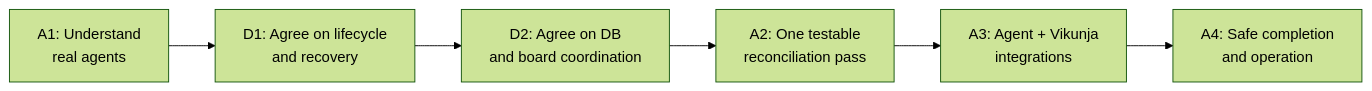
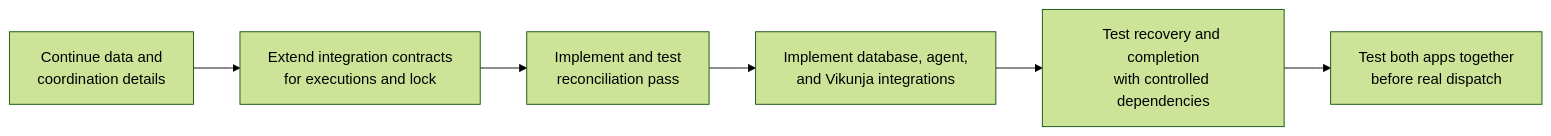
One commit to lgdelacruz92/agent-team changed the third of 3 diagrams in agent-team/apps/agent-resource-manager/docs/flowchart.md. Above: the diagram before and after it, drawn with Mermaid (forest theme). The commit also changed other lines of this file and 3 other files, not shown here.

````diff
--- a/agent-team/apps/agent-resource-manager/docs/flowchart.md
+++ b/agent-team/apps/agent-resource-manager/docs/flowchart.md
@@ -58,8 +61,8 @@
 ```mermaid
 flowchart LR
-    A1["A1: Understand<br/>real agents"] --> D1["D1: Agree on lifecycle<br/>and recovery"]
-    D1 --> D2["D2: Agree on DB<br/>and board coordination"]
-    D2 --> A2["A2: One testable<br/>reconciliation pass"]
-    A2 --> A3["A3: Agent + Vikunja<br/>integrations"]
-    A3 --> A4["A4: Safe completion<br/>and operation"]
+    Design["Continue data and<br/>coordination details"] --> Contracts["Extend integration contracts<br/>for executions and lock"]
+    Contracts --> Pass["Implement and test<br/>reconciliation pass"]
+    Pass --> Integrations["Implement database, agent,<br/>and Vikunja integrations"]
+    Integrations --> Verify["Test recovery and completion<br/>with controlled dependencies"]
+    Verify --> Joint["Test both apps together<br/>before real dispatch"]
 ```
````
